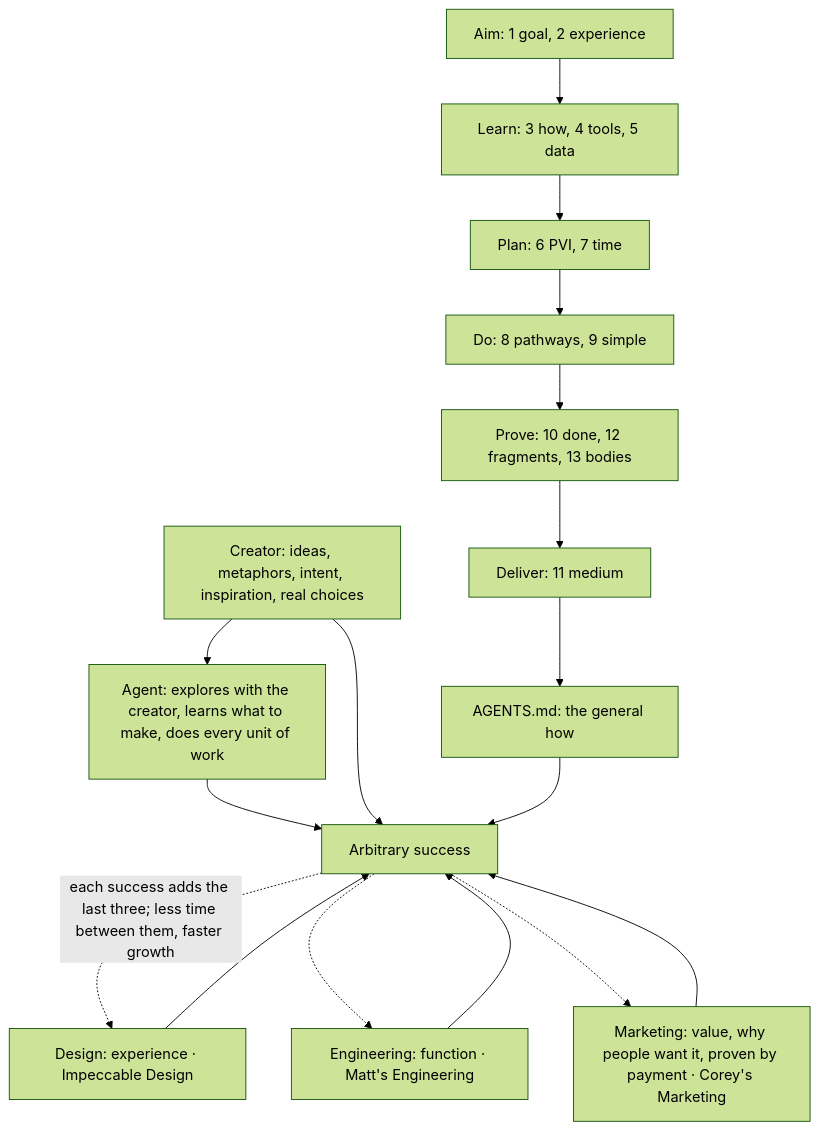
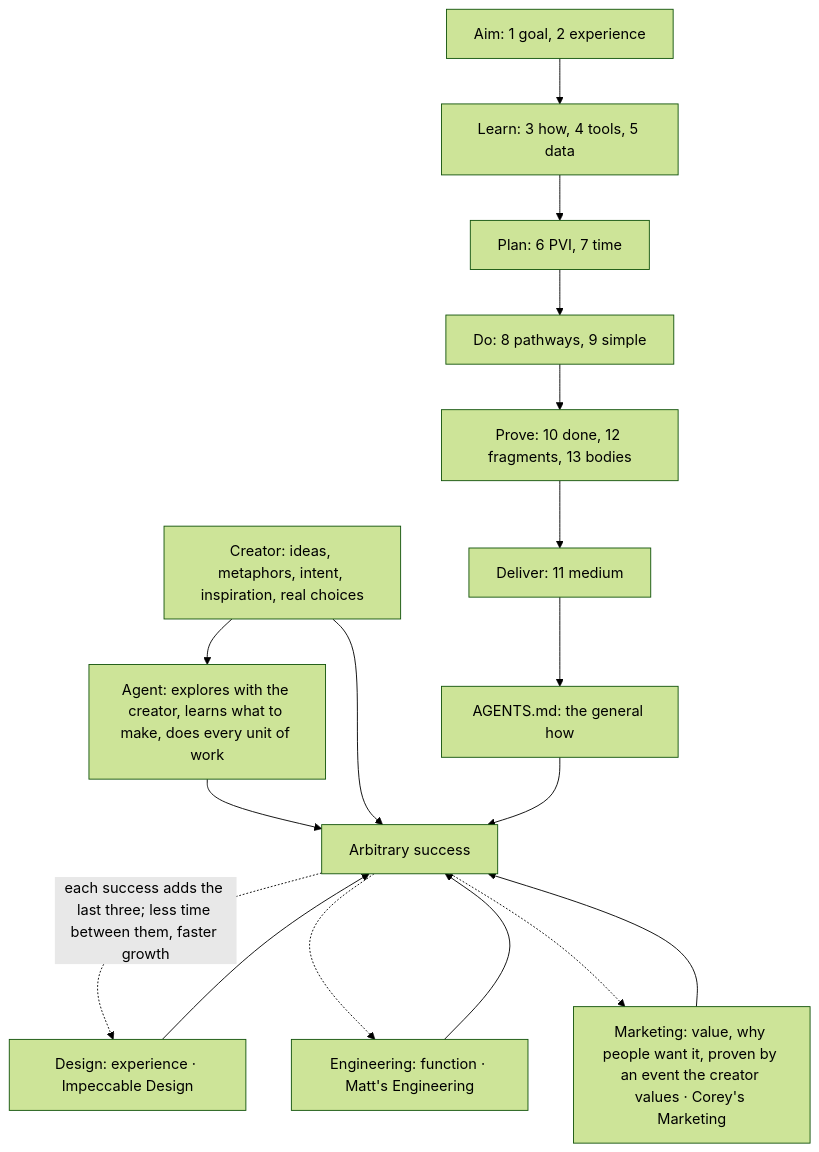
Before and after one commit to SolenixAI/arbiter: the first of 14 diagrams in AGENTS.md, drawn with Mermaid (forest theme). The commit also changed other lines of this file, not shown here.

````diff
--- a/AGENTS.md
+++ b/AGENTS.md
@@ -39,14 +40,14 @@
 ```mermaid
 flowchart TD
   A[Aim: 1 goal, 2 experience] --> L[Learn: 3 how, 4 tools, 5 data] --> P[Plan: 6 PVI, 7 time] --> D[Do: 8 pathways, 9 simple] --> V[Prove: 10 done, 12 fragments, 13 bodies] --> O[Deliver: 11 medium] --> F[AGENTS.md: the general how]
   CR[Creator: ideas, metaphors, intent, inspiration, real choices] --> AG[Agent: explores with the creator, learns what to make, does every unit of work]
   AG --> S[Arbitrary success]
   CR --> S
   F --> S
   DS[Design: experience · Impeccable Design] --> S
   EG[Engineering: function · Matt's Engineering] --> S
-  SL[Marketing: value, why people want it, proven by payment · Corey's Marketing] --> S
+  SL[Marketing: value, why people want it, proven by an event the creator values · Corey's Marketing] --> S
   S -.->|"each success adds the last three; less time between them, faster growth"| DS
   S -.-> EG
   S -.-> SL
 ```
````
